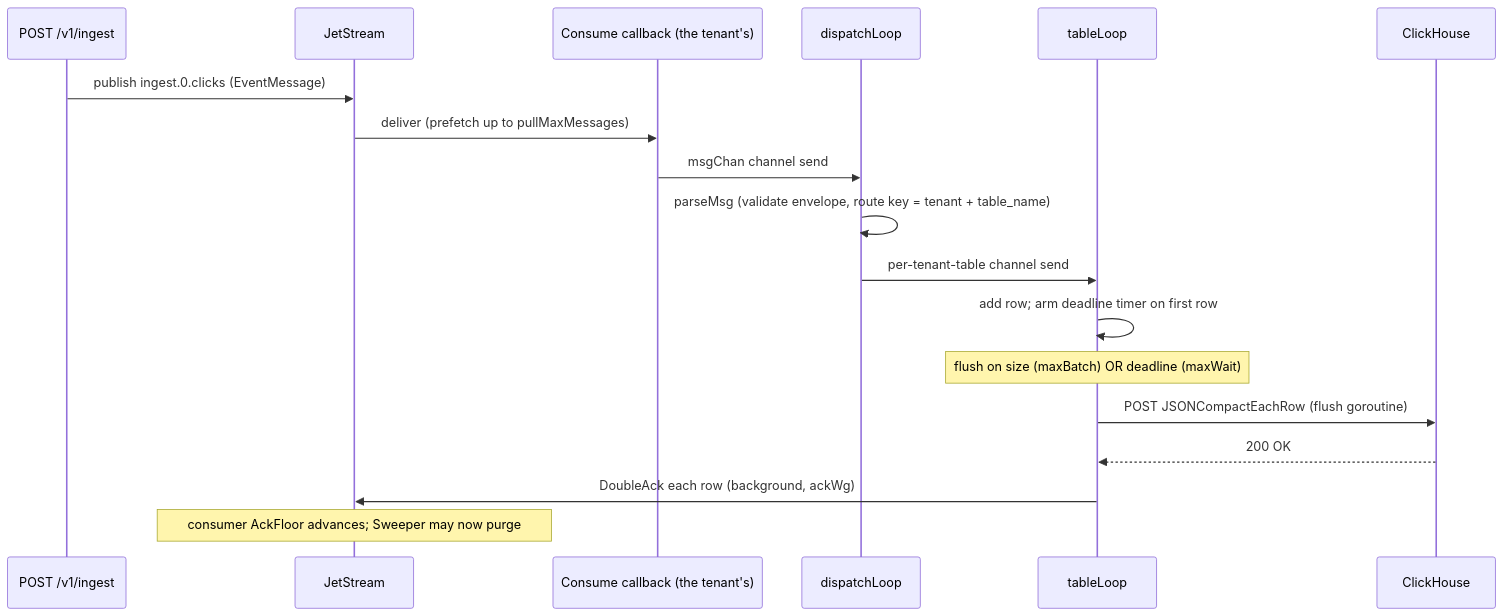
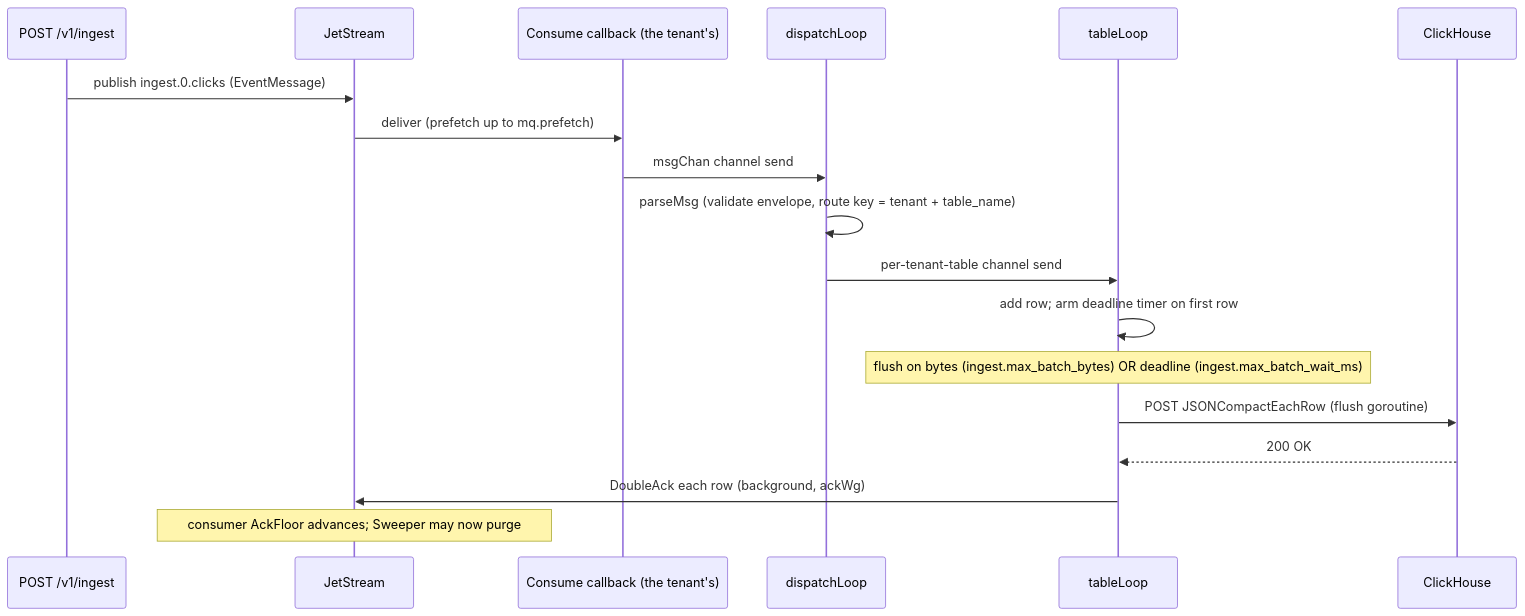
Before and after one commit to Wave-RF/WaveHouse: the second of 8 diagrams in docs/src/content/docs/ingest-pipeline.md, drawn with Mermaid. The commit also changed other lines of this file and 70 other files, not shown here.

````diff
--- a/docs/src/content/docs/ingest-pipeline.md
+++ b/docs/src/content/docs/ingest-pipeline.md
@@ -74,20 +74,20 @@
 ```mermaid
 sequenceDiagram
     participant P as POST /v1/ingest
     participant JS as JetStream
     participant CB as Consume callback (the tenant's)
     participant D as dispatchLoop
     participant TL as tableLoop
     participant CH as ClickHouse
     P->>JS: publish ingest.0.clicks (EventMessage)
-    JS->>CB: deliver (prefetch up to pullMaxMessages)
+    JS->>CB: deliver (prefetch up to mq.prefetch)
     CB->>D: msgChan channel send
     D->>D: parseMsg (validate envelope, route key = tenant + table_name)
     D->>TL: per-tenant-table channel send
     TL->>TL: add row#59; arm deadline timer on first row
-    Note over TL: flush on size (maxBatch) OR deadline (maxWait)
+    Note over TL: flush on bytes (ingest.max_batch_bytes) OR deadline (ingest.max_batch_wait_ms)
     TL->>CH: POST JSONCompactEachRow (flush goroutine)
     CH-->>TL: 200 OK
     TL->>JS: DoubleAck each row (background, ackWg)
     Note over JS: consumer AckFloor advances#59; Sweeper may now purge
 ```
````
